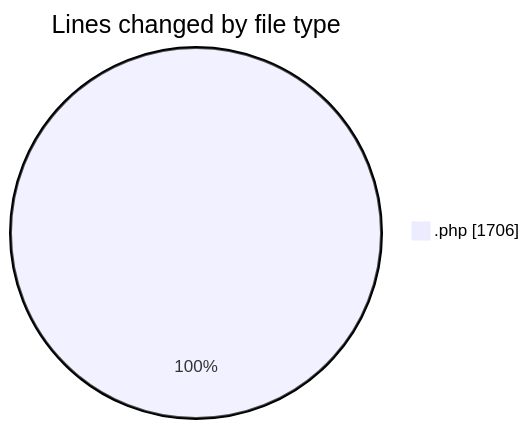
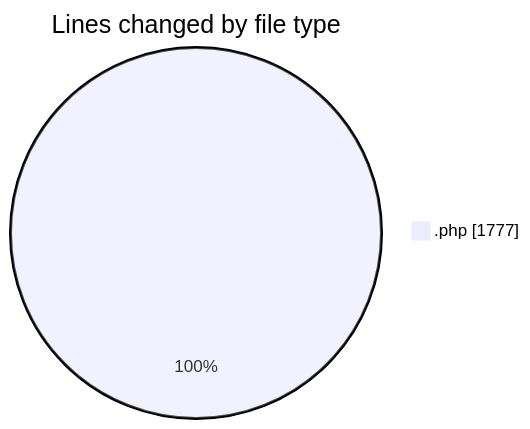
The first of 2 diagrams in 2026-08-05/untitled__workspace_/README.md (debugP/code-tracking), drawn with Mermaid before and after one commit. The commit also changed other lines of this file and 1 other file, not shown here.

````diff
--- a/2026-08-05/untitled__workspace_/README.md
+++ b/2026-08-05/untitled__workspace_/README.md
@@ -20,5 +20,5 @@
 ```mermaid
 pie showData
 title Lines changed by file type
-".php" : 1706
+".php" : 1777
 ```
````
